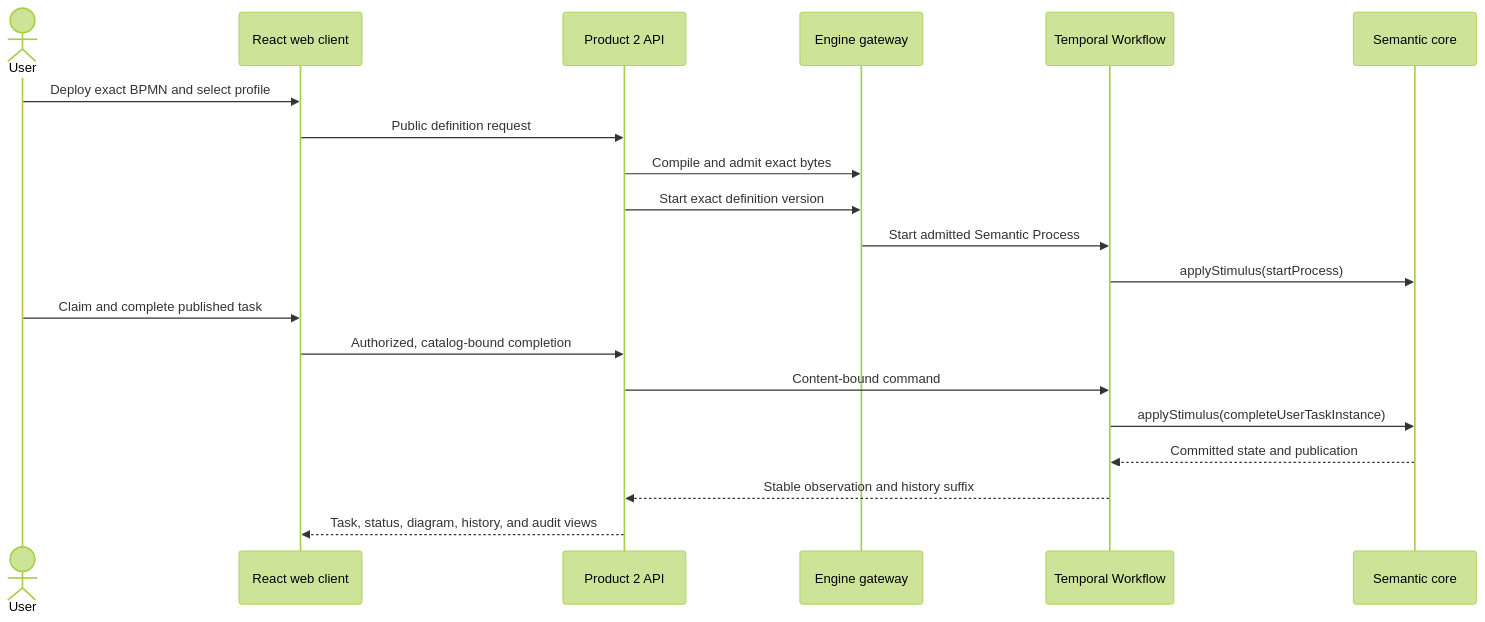
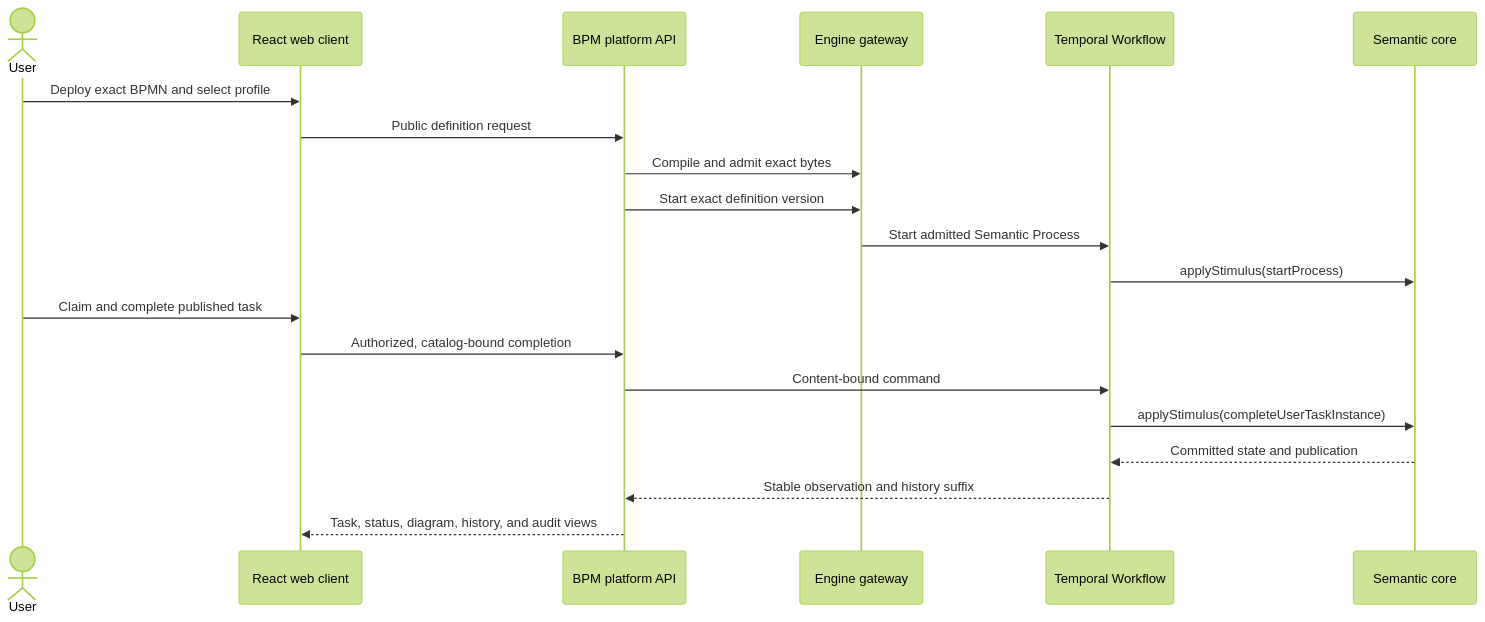
One commit to mbackschat/bpmn-lean-experiment changed the second of 2 diagrams in README.md. Above: the diagram before and after it, drawn with Mermaid (forest theme). The commit also changed other lines of this file and 5 other files, not shown here.

First line of the commit message:
docs(rc): clarify evaluation path and semantic architecture

````diff
--- a/README.md
+++ b/README.md
@@ -149,23 +196,23 @@
 ```mermaid
 sequenceDiagram
   actor User
   participant Web as React web client
-  participant Platform as Product 2 API
+  participant Platform as BPM platform API
   participant Engine as Engine gateway
   participant Workflow as Temporal Workflow
   participant Core as Semantic core
 
   User->>Web: Deploy exact BPMN and select profile
   Web->>Platform: Public definition request
   Platform->>Engine: Compile and admit exact bytes
   Platform->>Engine: Start exact definition version
   Engine->>Workflow: Start admitted Semantic Process
   Workflow->>Core: applyStimulus(startProcess)
   User->>Web: Claim and complete published task
   Web->>Platform: Authorized, catalog-bound completion
   Platform->>Workflow: Content-bound command
   Workflow->>Core: applyStimulus(completeUserTaskInstance)
   Core-->>Workflow: Committed state and publication
   Workflow-->>Platform: Stable observation and history suffix
   Platform-->>Web: Task, status, diagram, history, and audit views
 ```
````
